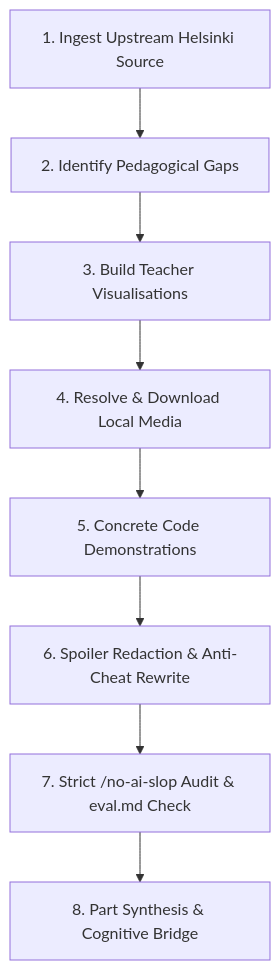
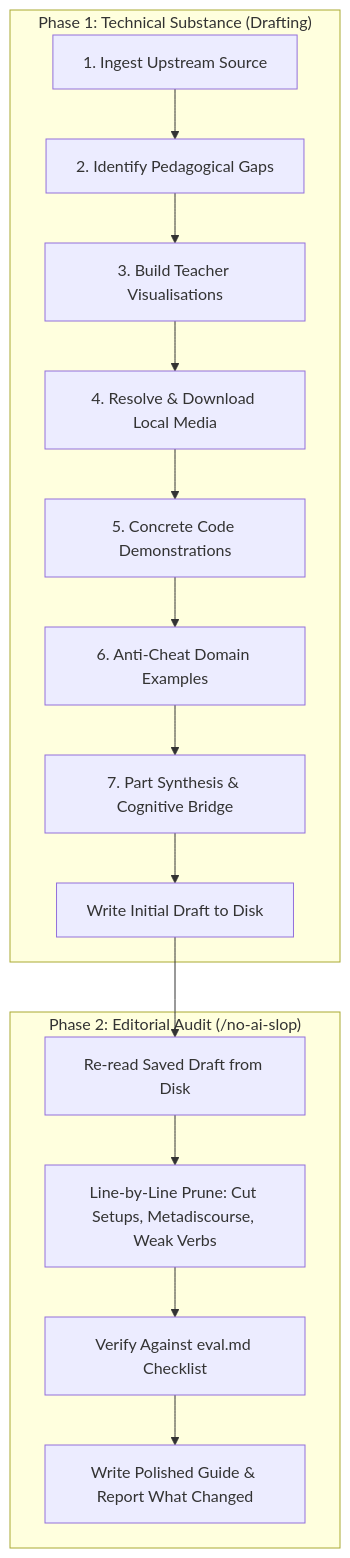
The diagram in .agents/skills/mooc-build-guide/SKILL.md (rynergold/mooc-java), drawn with Mermaid before and after one commit. The commit also changed other lines of this file, not shown here.

````diff
--- a/.agents/skills/mooc-build-guide/SKILL.md
+++ b/.agents/skills/mooc-build-guide/SKILL.md
@@ -14,10 +16,19 @@
 ```mermaid
 graph TD
-    A[1. Ingest Upstream Helsinki Source] --> B[2. Identify Pedagogical Gaps]
-    B --> C[3. Build Teacher Visualisations]
-    C --> D[4. Resolve & Download Local Media]
-    D --> E[5. Concrete Code Demonstrations]
-    E --> F[6. Spoiler Redaction & Anti-Cheat Rewrite]
-    F --> G[7. Strict /no-ai-slop Audit & eval.md Check]
-    G --> H[8. Part Synthesis & Cognitive Bridge]
+    subgraph P1["Phase 1: Technical Substance (Drafting)"]
+        A[1. Ingest Upstream Source] --> B[2. Identify Pedagogical Gaps]
+        B --> C[3. Build Teacher Visualisations]
+        C --> D[4. Resolve & Download Local Media]
+        D --> E[5. Concrete Code Demonstrations]
+        E --> F[6. Anti-Cheat Domain Examples]
+        F --> G[7. Part Synthesis & Cognitive Bridge]
+        G --> H[Write Initial Draft to Disk]
+    end
+
+    subgraph P2["Phase 2: Editorial Audit (/no-ai-slop)"]
+        H --> I["Re-read Saved Draft from Disk"]
+        I --> J["Line-by-Line Prune: Cut Setups, Metadiscourse, Weak Verbs"]
+        J --> K["Verify Against eval.md Checklist"]
+        K --> L["Write Polished Guide & Report What Changed"]
+    end
 ```
````
